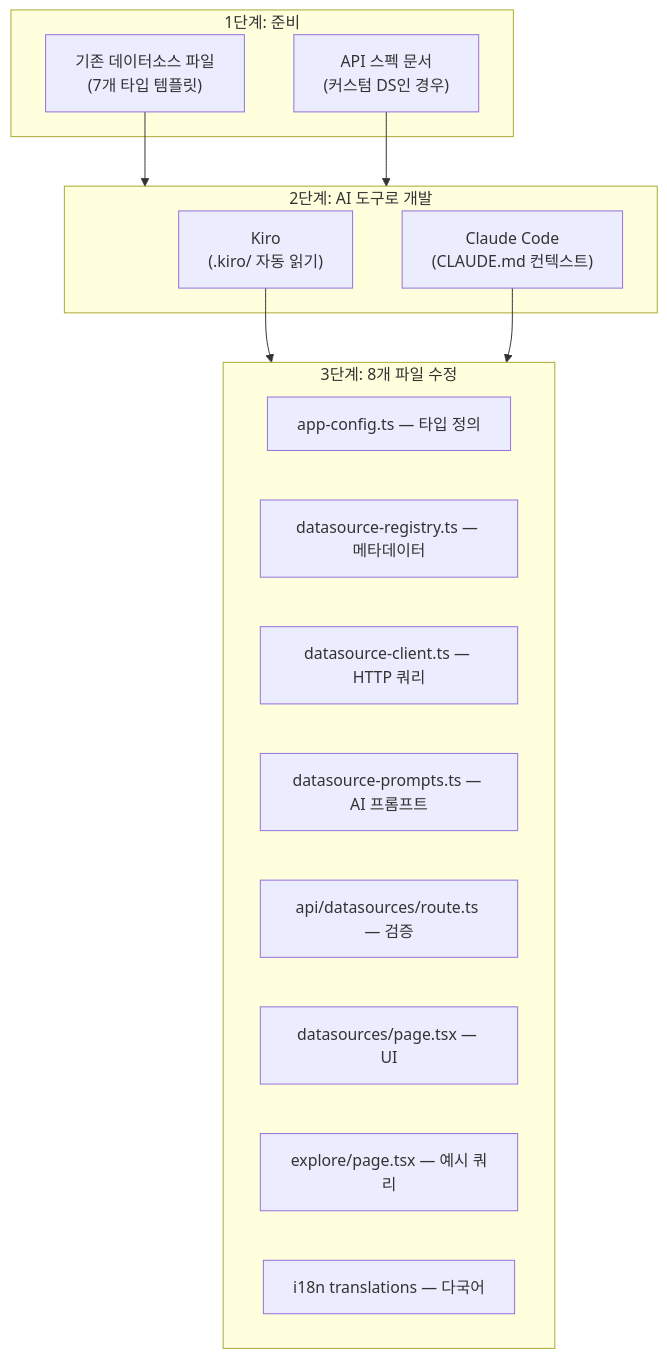
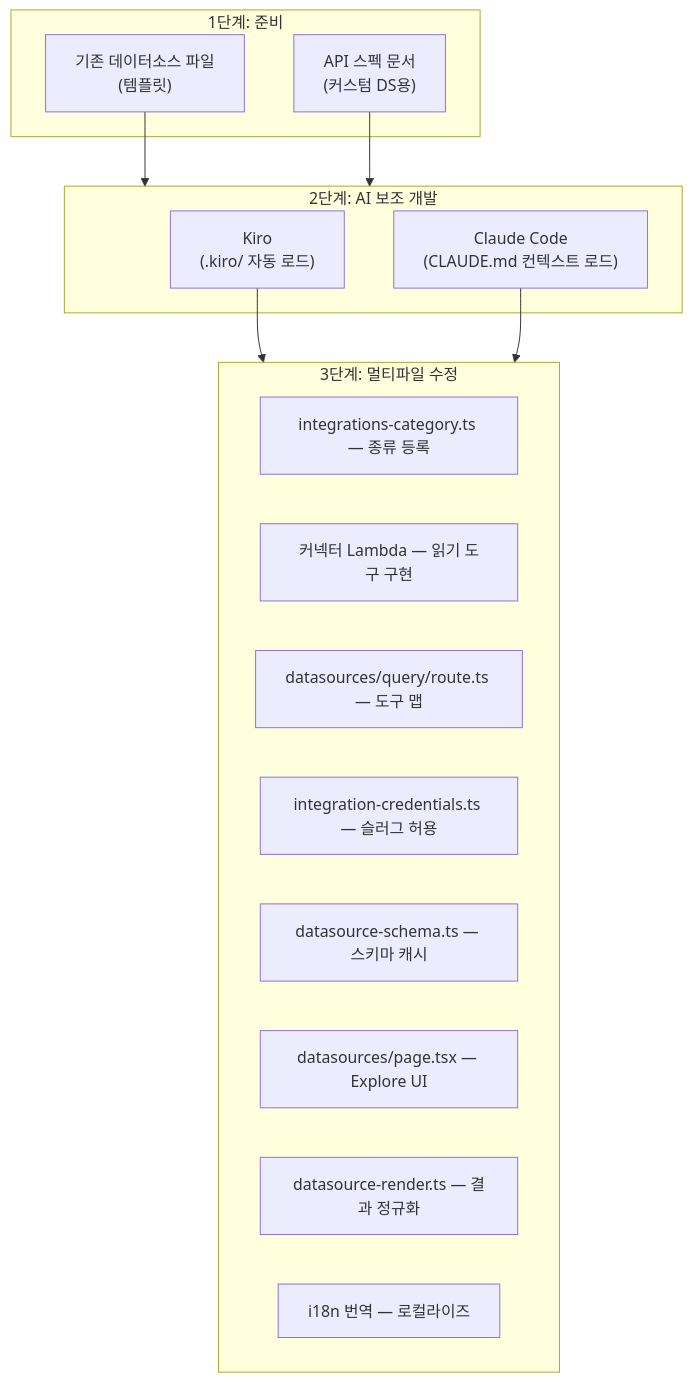
One commit to Atom-oh/awsops changed the diagram in docs-site/docs/faq/datasource-development.md. Above: the diagram before and after it, drawn with Mermaid. The commit also changed other lines of this file and 14 other files, not shown here.

````diff
--- a/docs-site/docs/faq/datasource-development.md
+++ b/docs-site/docs/faq/datasource-development.md
@@ -28,28 +40,28 @@
 ```mermaid
 flowchart TD
   subgraph PREP["1단계: 준비"]
-    EXISTING["기존 데이터소스 파일<br/>(7개 타입 템플릿)"]
-    SPEC["API 스펙 문서<br/>(커스텀 DS인 경우)"]
+    EXISTING["기존 데이터소스 파일<br/>(템플릿)"]
+    SPEC["API 스펙 문서<br/>(커스텀 DS용)"]
   end
 
-  subgraph AI["2단계: AI 도구로 개발"]
-    KIRO["Kiro<br/>(.kiro/ 자동 읽기)"]
-    CC["Claude Code<br/>(CLAUDE.md 컨텍스트)"]
+  subgraph AI["2단계: AI 보조 개발"]
+    KIRO["Kiro<br/>(.kiro/ 자동 로드)"]
+    CC["Claude Code<br/>(CLAUDE.md 컨텍스트 로드)"]
   end
 
-  subgraph FILES["3단계: 8개 파일 수정"]
-    F1["app-config.ts — 타입 정의"]
-    F2["datasource-registry.ts — 메타데이터"]
-    F3["datasource-client.ts — HTTP 쿼리"]
-    F4["datasource-prompts.ts — AI 프롬프트"]
-    F5["api/datasources/route.ts — 검증"]
-    F6["datasources/page.tsx — UI"]
-    F7["explore/page.tsx — 예시 쿼리"]
-    F8["i18n translations — 다국어"]
+  subgraph FILES["3단계: 멀티파일 수정"]
+    F1["integrations-category.ts — 종류 등록"]
+    F2["커넥터 Lambda — 읽기 도구 구현"]
+    F3["datasources/query/route.ts — 도구 맵"]
+    F4["integration-credentials.ts — 슬러그 허용"]
+    F5["datasource-schema.ts — 스키마 캐시"]
+    F6["datasources/page.tsx — Explore UI"]
+    F7["datasource-render.ts — 결과 정규화"]
+    F8["i18n 번역 — 로컬라이즈"]
   end
 
   EXISTING --> AI
   SPEC --> AI
   KIRO --> FILES
   CC --> FILES
 ```
````
